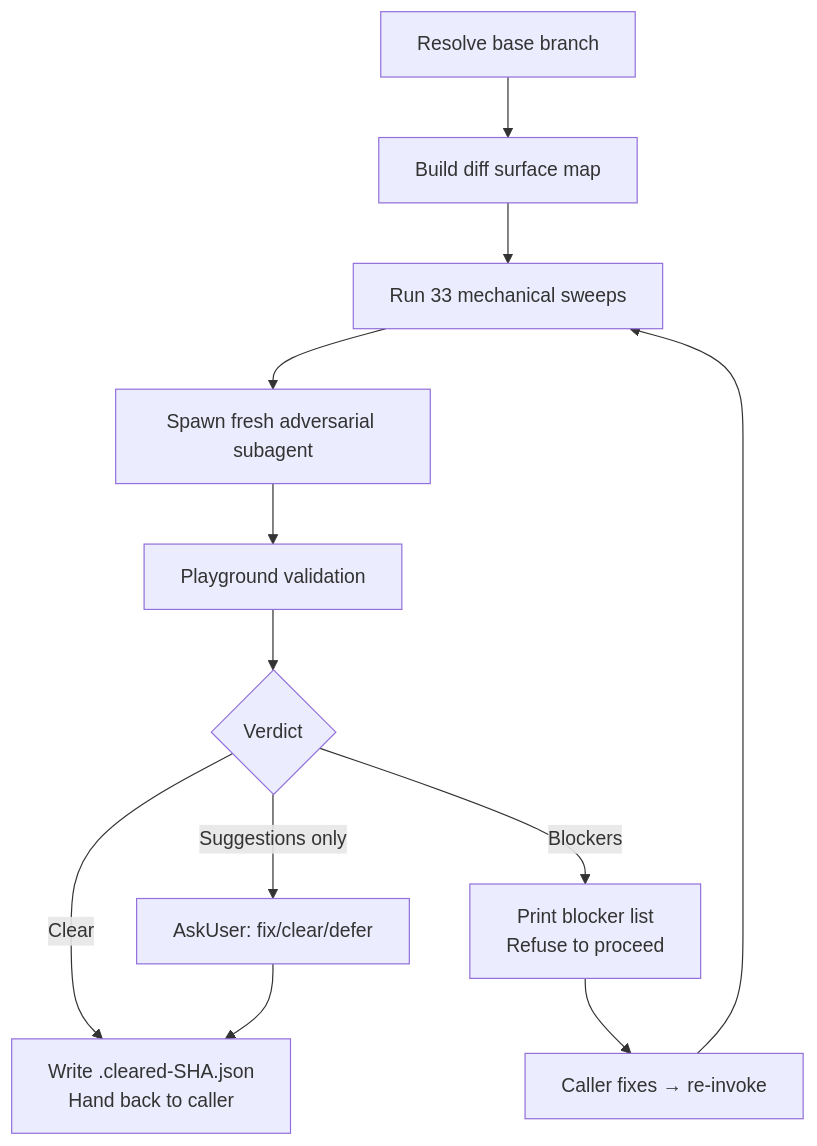
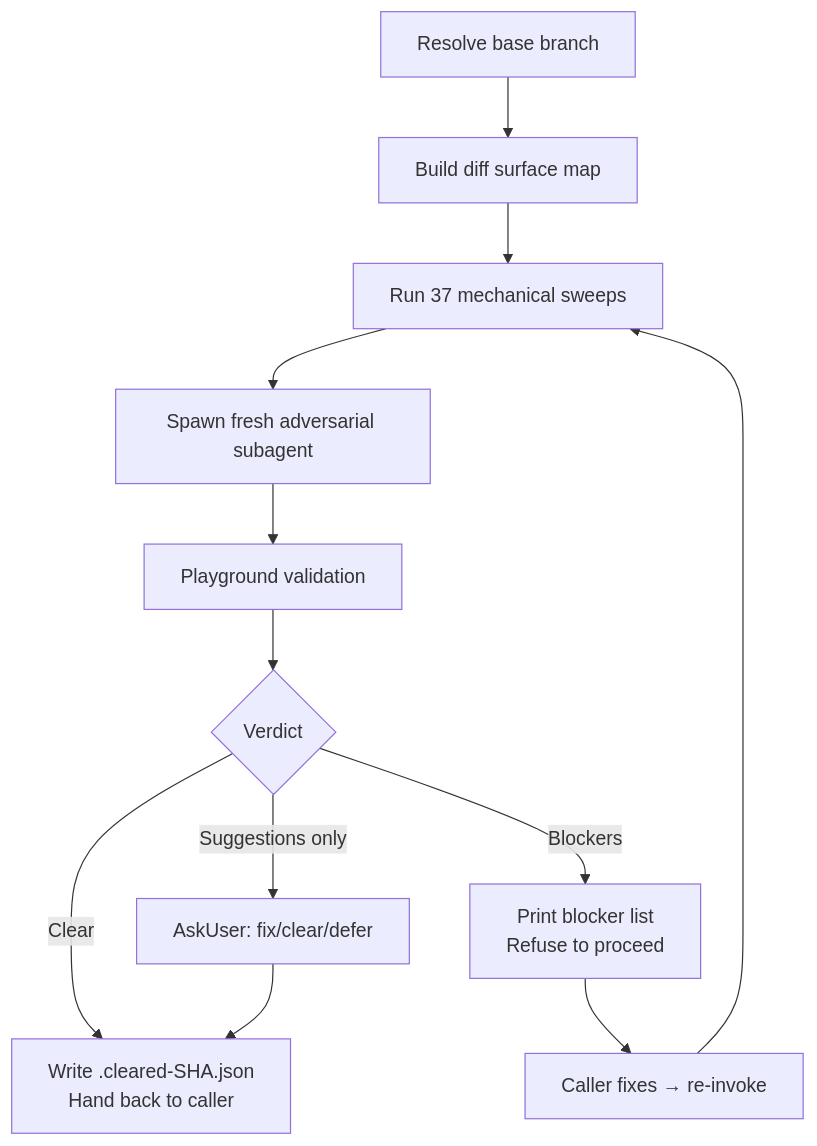
Before and after one commit to whizzzkid/skills: the diagram in skills/adversarial-review/README.md, drawn with Mermaid. The commit also changed other lines of this file and 14 other files, not shown here.

````diff
--- a/skills/adversarial-review/README.md
+++ b/skills/adversarial-review/README.md
@@ -16,14 +16,14 @@
 ```mermaid
 flowchart TD
     A[Resolve base branch] --> B[Build diff surface map]
-    B --> C[Run 33 mechanical sweeps]
+    B --> C[Run 37 mechanical sweeps]
     C --> D[Spawn fresh adversarial subagent]
     D --> E[Playground validation]
     E --> F{Verdict}
     F -->|Clear| G[Write .cleared-SHA.json<br/>Hand back to caller]
     F -->|Blockers| H[Print blocker list<br/>Refuse to proceed]
     F -->|Suggestions only| I[AskUser: fix/clear/defer]
     H --> J[Caller fixes → re-invoke]
     J --> C
     I --> G
 ```
````
